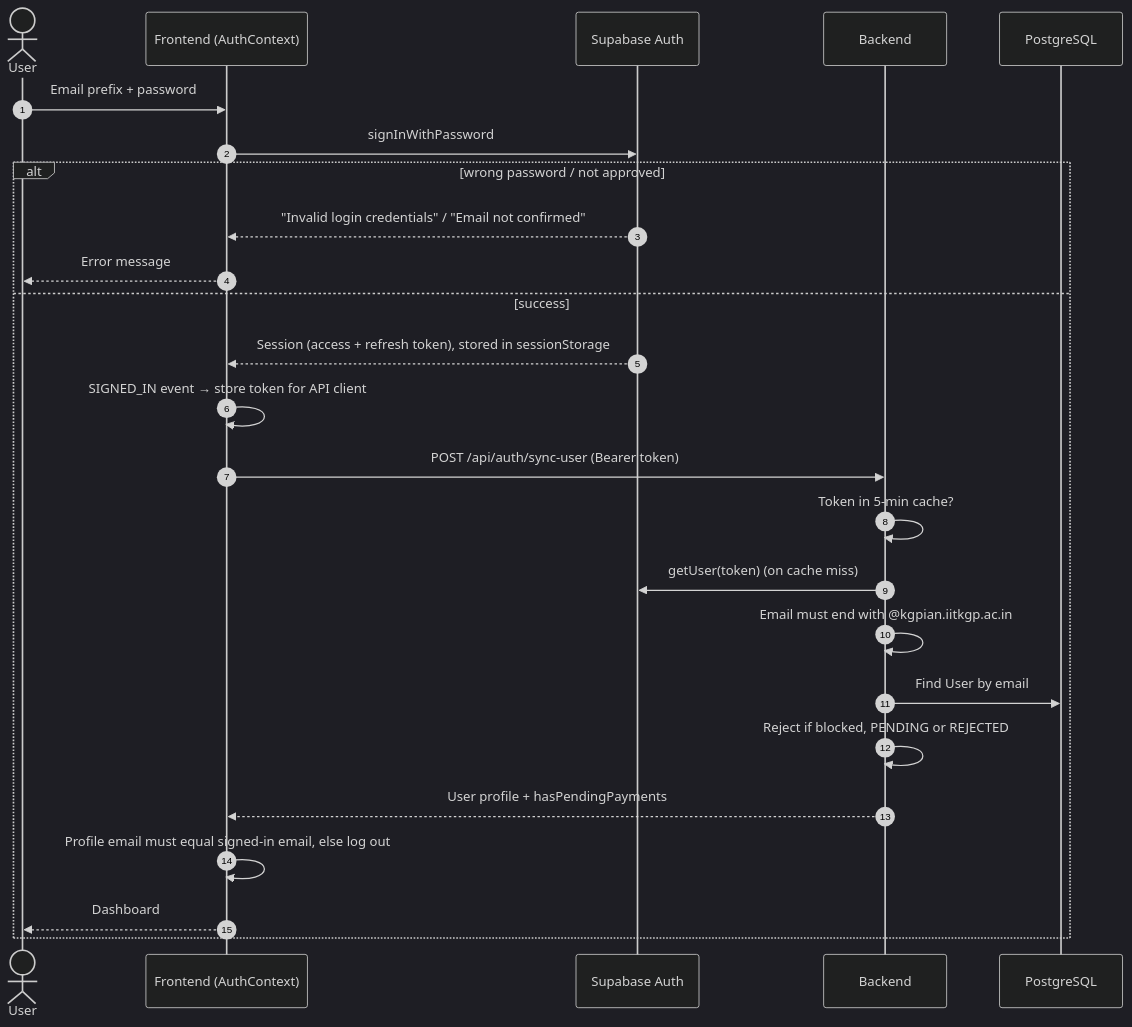
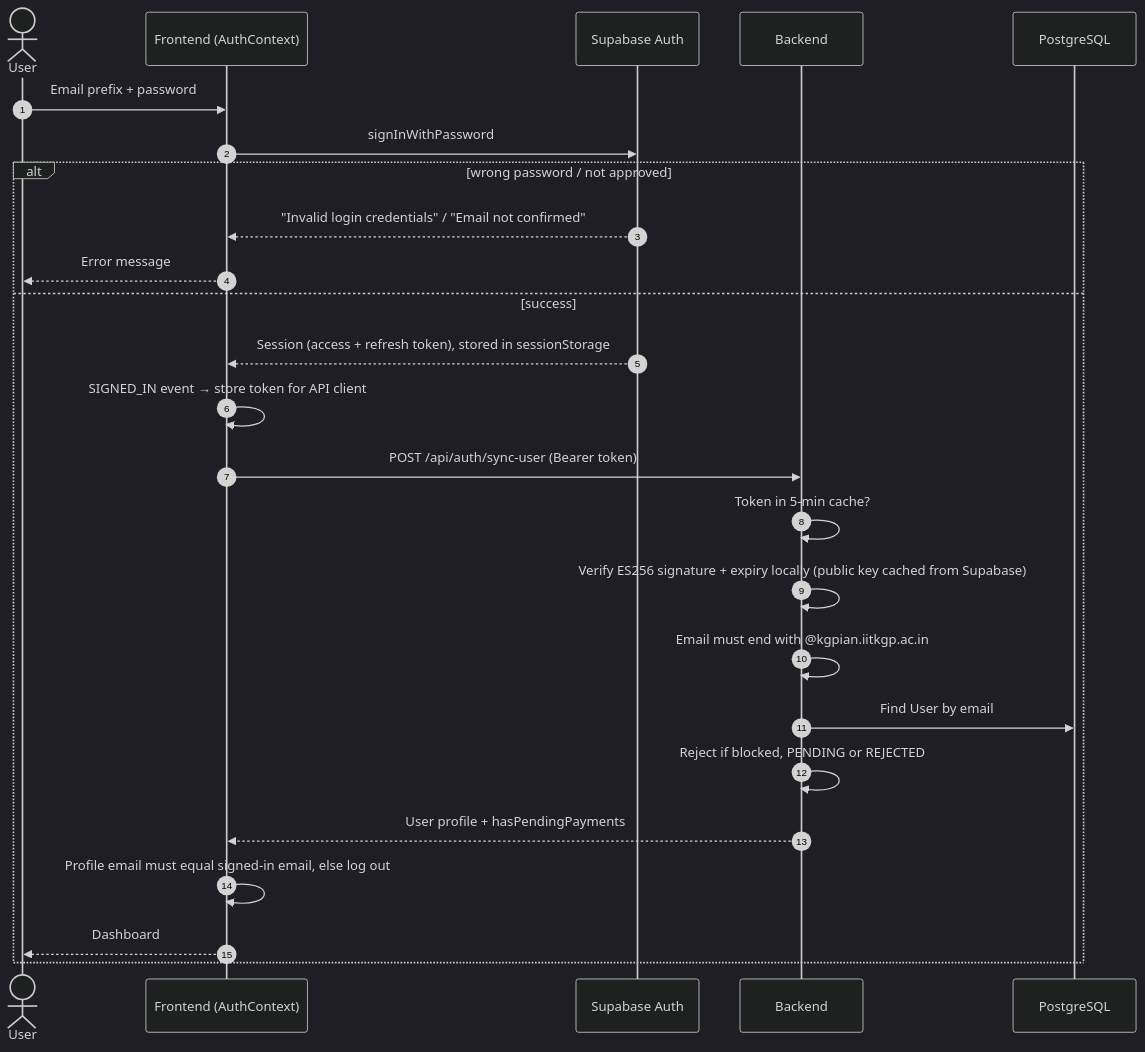
One commit to mobashshir-ubn-zainuddin/friday-cab-management changed the third of 6 diagrams in README.md. Above: the diagram before and after it, drawn with Mermaid (dark theme). The commit also changed other lines of this file and 4 other files, not shown here.

````diff
--- a/README.md
+++ b/README.md
@@ -171,28 +171,28 @@
 ```mermaid
 sequenceDiagram
     autonumber
     actor U as User
     participant FE as Frontend (AuthContext)
     participant SA as Supabase Auth
     participant API as Backend
     participant DB as PostgreSQL
 
     U->>FE: Email prefix + password
     FE->>SA: signInWithPassword
     alt wrong password / not approved
         SA-->>FE: "Invalid login credentials" / "Email not confirmed"
         FE-->>U: Error message
     else success
         SA-->>FE: Session (access + refresh token), stored in sessionStorage
         FE->>FE: SIGNED_IN event → store token for API client
         FE->>API: POST /api/auth/sync-user (Bearer token)
         API->>API: Token in 5-min cache?
-        API->>SA: getUser(token) (on cache miss)
+        API->>API: Verify ES256 signature + expiry locally (public key cached from Supabase)
         API->>API: Email must end with @kgpian.iitkgp.ac.in
         API->>DB: Find User by email
         API->>API: Reject if blocked, PENDING or REJECTED
         API-->>FE: User profile + hasPendingPayments
         FE->>FE: Profile email must equal signed-in email, else log out
         FE-->>U: Dashboard
     end
 ```
````
